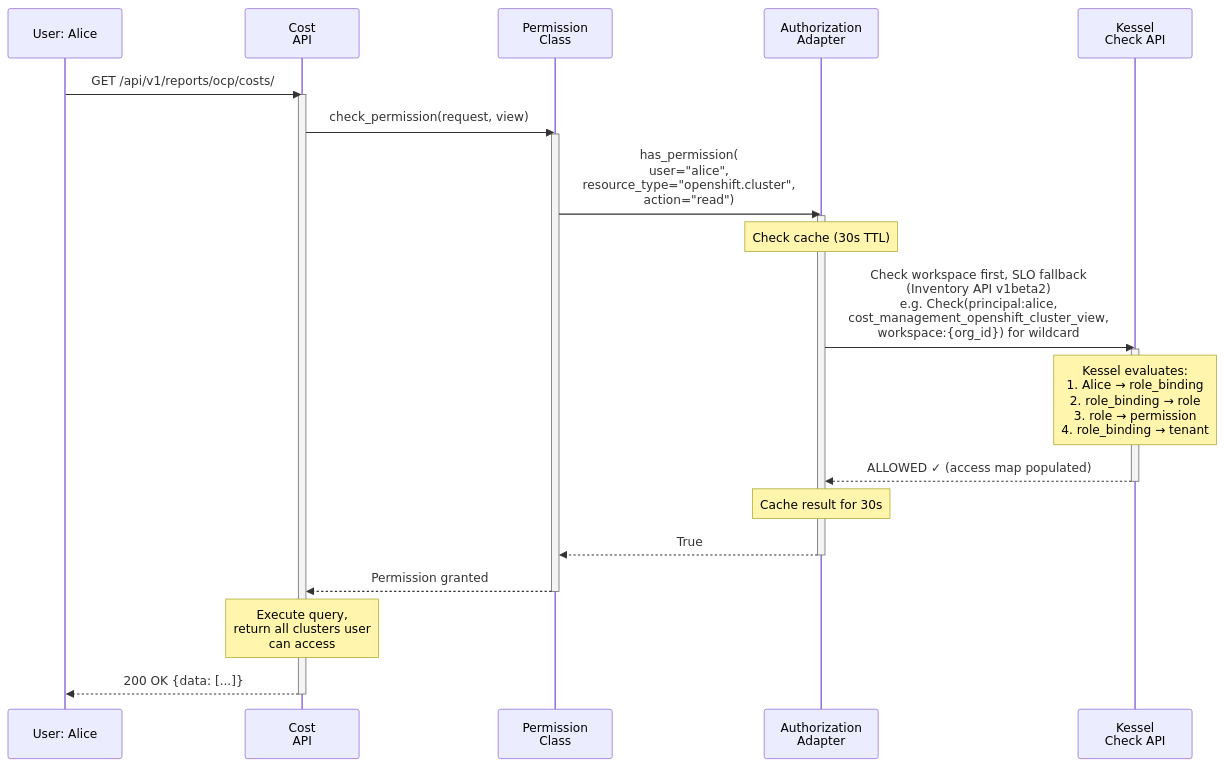
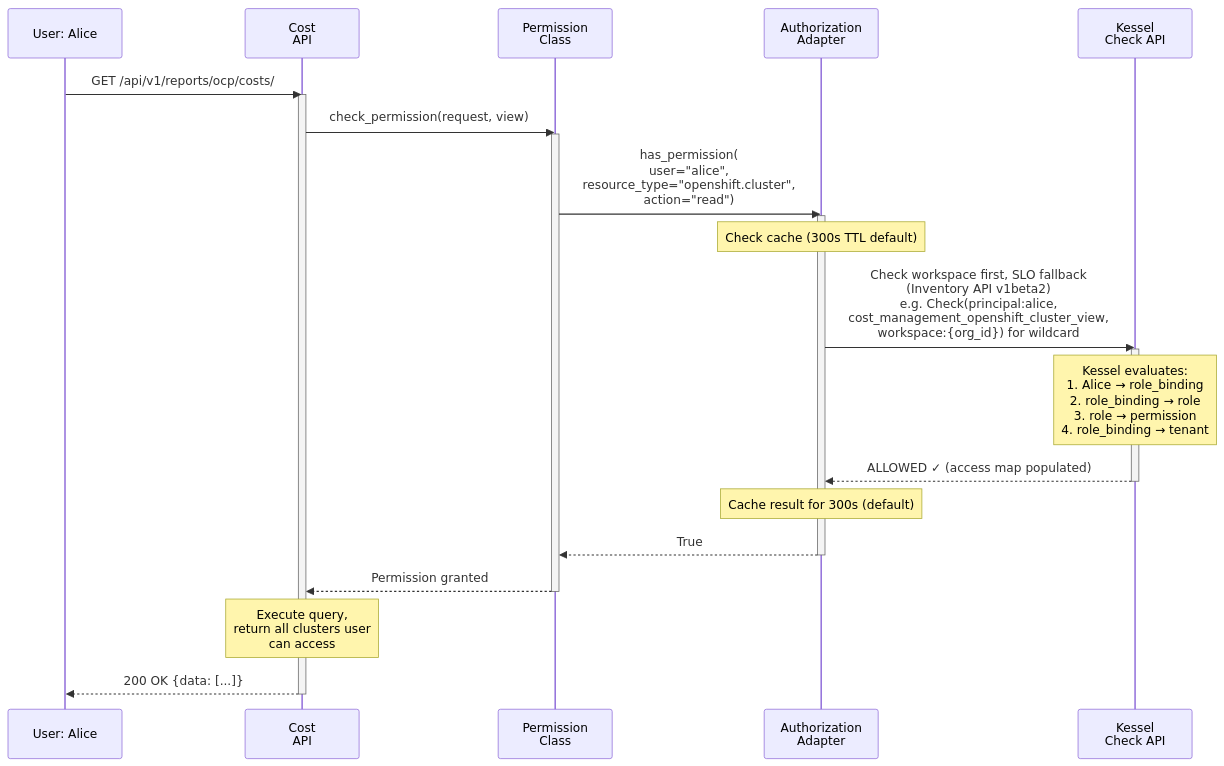
The fourth of 12 diagrams in docs/architecture/kessel-integration/kessel-ocp-integration.md (project-koku/koku), drawn with Mermaid before and after one commit. The commit also changed other lines of this file and 2 other files, not shown here.

````diff
--- a/docs/architecture/kessel-integration/kessel-ocp-integration.md
+++ b/docs/architecture/kessel-integration/kessel-ocp-integration.md
@@ -339,40 +339,40 @@
 ```mermaid
 sequenceDiagram
     participant User as User: Alice
     participant API as Cost<br/>API
     participant PermClass as Permission<br/>Class
     participant AuthAdapter as Authorization<br/>Adapter
     participant Kessel as Kessel<br/>Check API
     
     User->>API: GET /api/v1/reports/ocp/costs/
     activate API
     
     API->>PermClass: check_permission(request, view)
     activate PermClass
     
     PermClass->>AuthAdapter: has_permission(<br/>user="alice",<br/>resource_type="openshift.cluster",<br/>action="read")
     activate AuthAdapter
     
-    Note over AuthAdapter: Check cache (30s TTL)
+    Note over AuthAdapter: Check cache (300s TTL default)
     
     AuthAdapter->>Kessel: Check workspace first, SLO fallback<br/>(Inventory API v1beta2)<br/>e.g. Check(principal:alice,<br/>cost_management_openshift_cluster_view,<br/>workspace:{org_id}) for wildcard
     activate Kessel
 
     Note over Kessel: Kessel evaluates:<br/>1. Alice → role_binding<br/>2. role_binding → role<br/>3. role → permission<br/>4. role_binding → tenant
 
     Kessel-->>AuthAdapter: ALLOWED ✓ (access map populated)
     deactivate Kessel
     
-    Note over AuthAdapter: Cache result for 30s
+    Note over AuthAdapter: Cache result for 300s (default)
     
     AuthAdapter-->>PermClass: True
     deactivate AuthAdapter
     
     PermClass-->>API: Permission granted
     deactivate PermClass
     
     Note over API: Execute query,<br/>return all clusters user<br/>can access
     
     API-->>User: 200 OK {data: [...]}
     deactivate API
 ```
````
